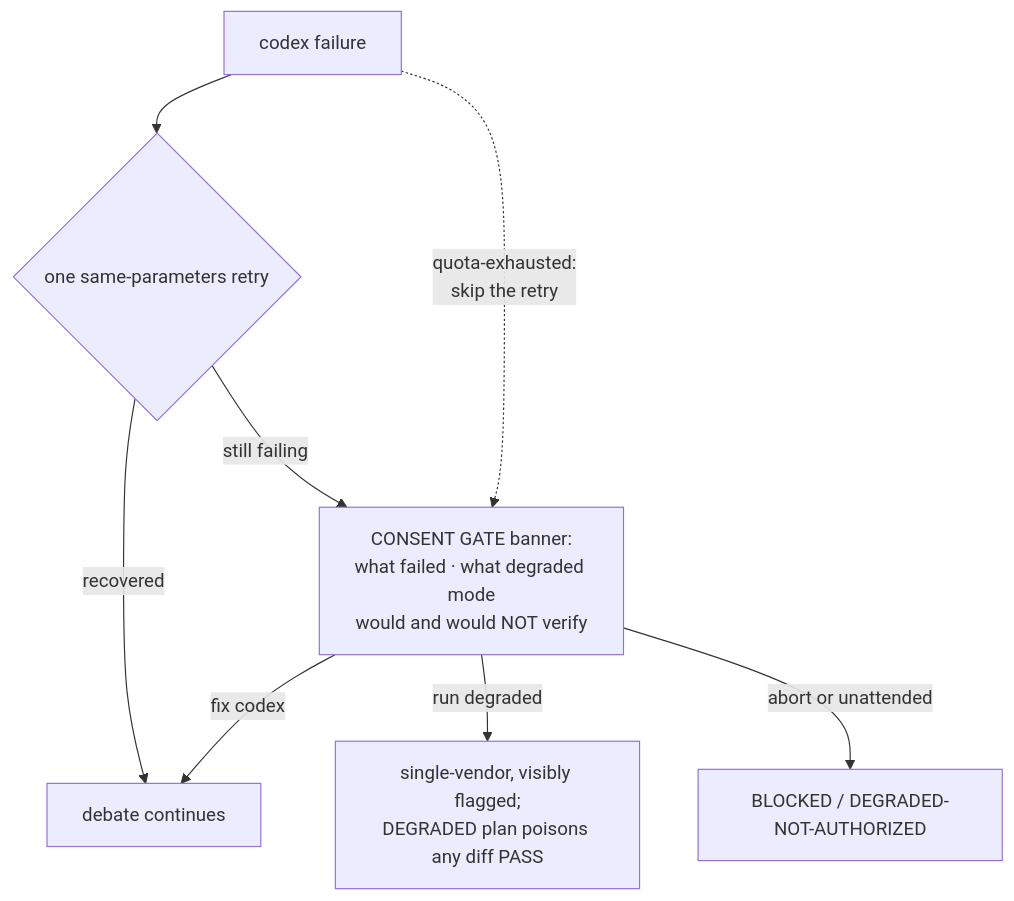
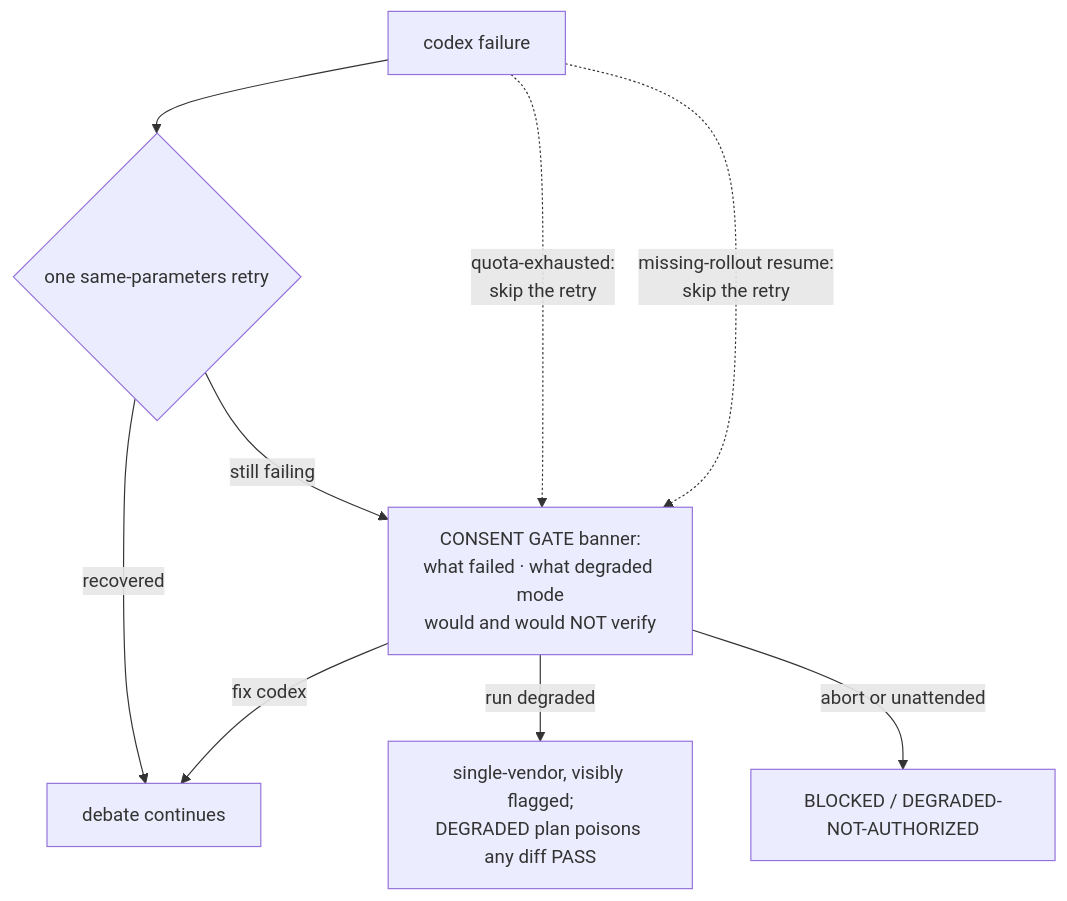
One commit to Bmwascher/parallax changed the second of 2 diagrams in README.md. Above: the diagram before and after it, drawn with Mermaid. The commit also changed other lines of this file and 3 other files, not shown here.

Commit message:
0.10.0: missing-rollout resume failures skip the retry (probed 2026-07-24)

````diff
--- a/README.md
+++ b/README.md
@@ -82,10 +82,11 @@
 ```mermaid
 flowchart TD
     X[codex failure] --> R{one same-parameters retry}
     R -->|recovered| OK[debate continues]
     R -->|still failing| G["CONSENT GATE banner:<br/>what failed · what degraded mode<br/>would and would NOT verify"]
     X -. "quota-exhausted:<br/>skip the retry" .-> G
+    X -. "missing-rollout resume:<br/>skip the retry" .-> G
     G -->|fix codex| OK
     G -->|run degraded| D["single-vendor, visibly flagged;<br/>DEGRADED plan poisons any diff PASS"]
     G -->|abort or unattended| B2[BLOCKED / DEGRADED-NOT-AUTHORIZED]
 ```
````
